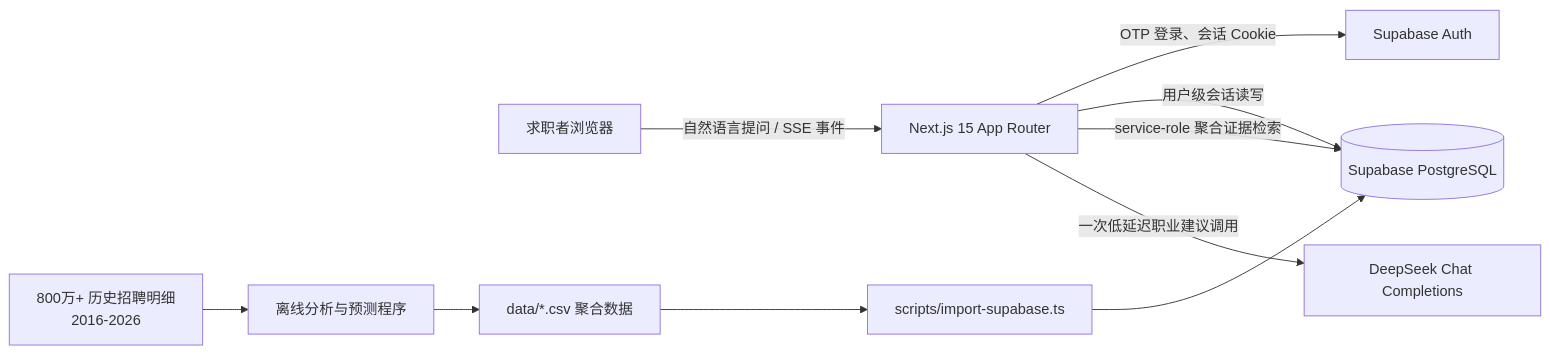
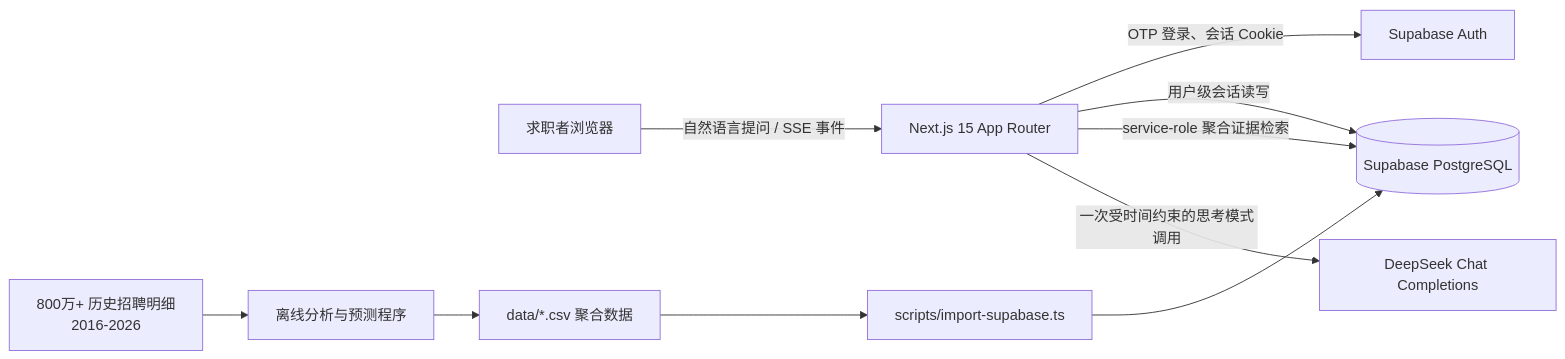
One commit to sunny20060815/career_vector changed the first of 2 diagrams in docs/PROJECT_ARCHITECTURE.md. Above: the diagram before and after it, drawn with Mermaid. The commit also changed other lines of this file and 1 other file, not shown here.

````diff
--- a/docs/PROJECT_ARCHITECTURE.md
+++ b/docs/PROJECT_ARCHITECTURE.md
@@ -19,13 +19,13 @@
 ```mermaid
 flowchart LR
   U[求职者浏览器] -->|自然语言提问 / SSE 事件| W[Next.js 15 App Router]
   W -->|OTP 登录、会话 Cookie| SA[Supabase Auth]
   W -->|用户级会话读写| SP[(Supabase PostgreSQL)]
   W -->|service-role 聚合证据检索| SP
-  W -->|一次低延迟职业建议调用| DS[DeepSeek Chat Completions]
+  W -->|一次受时间约束的思考模式调用| DS[DeepSeek Chat Completions]
 
   RAW[800万+ 历史招聘明细\n2016-2026] --> OFF[离线分析与预测程序]
   OFF --> CSV[data/*.csv 聚合数据]
   CSV --> IMP[scripts/import-supabase.ts]
   IMP --> SP
 ```
````
